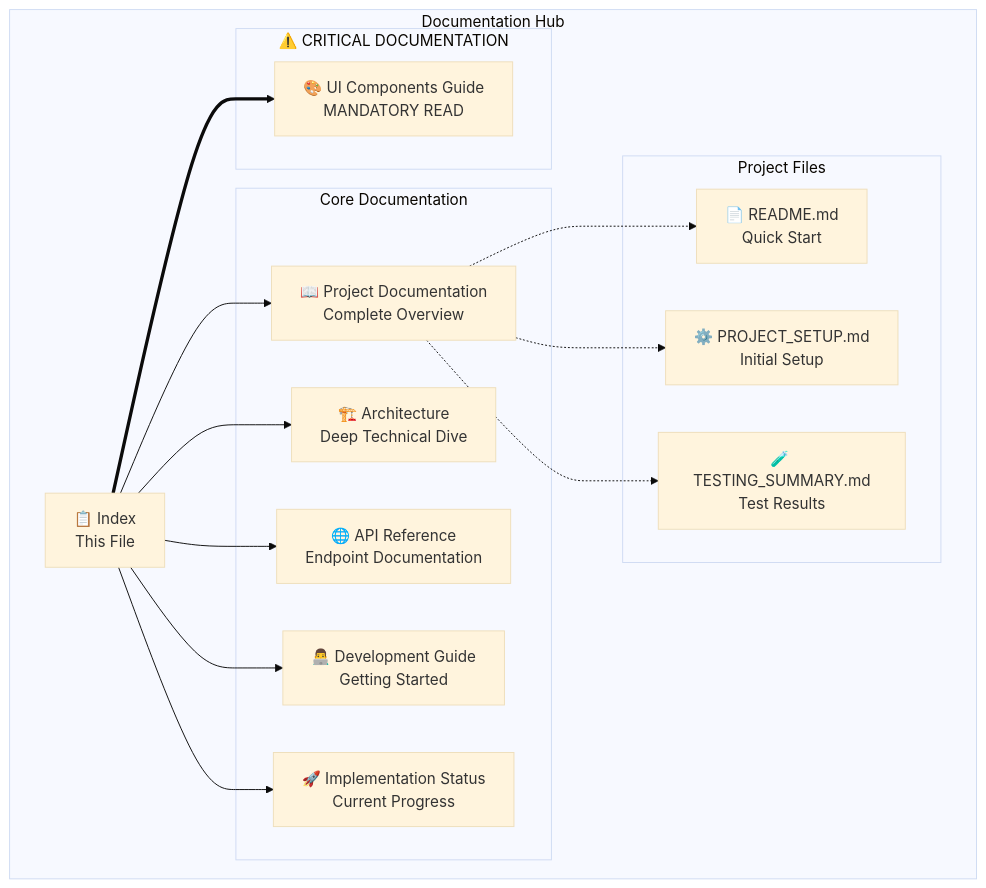
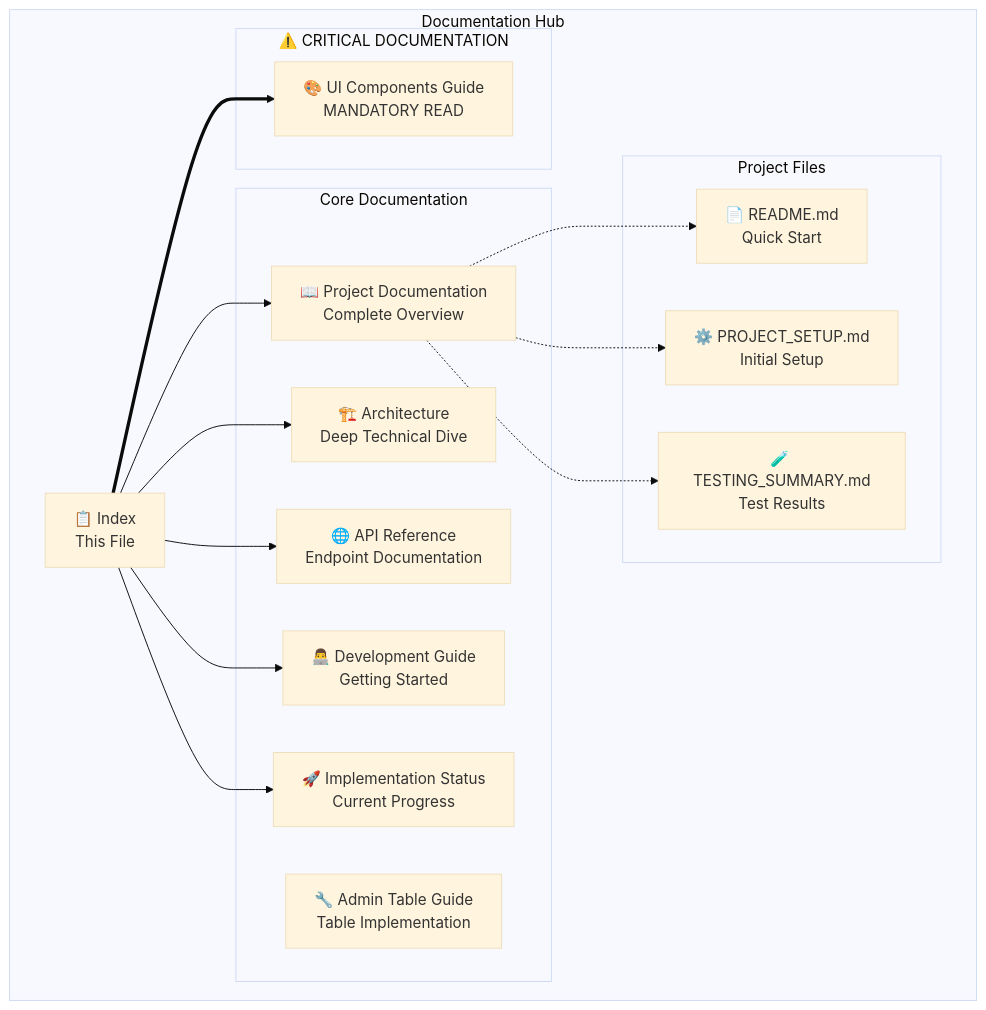
One commit to mdabdullahfaruque/StudyBridgeBD changed the first of 2 diagrams in docs/INDEX.md. Above: the diagram before and after it, drawn with Mermaid (base theme). The commit also changed other lines of this file and 4 other files, not shown here.

Commit message:
feat: Enhance admin table implementation with status column support and detailed guide

````diff
--- a/docs/INDEX.md
+++ b/docs/INDEX.md
@@ -7,35 +7,36 @@
 ```mermaid
 graph TB
     subgraph "Documentation Hub"
         INDEX[📋 Index<br/>This File]
         
         subgraph "⚠️ CRITICAL DOCUMENTATION"
             UI_GUIDE[🎨 UI Components Guide<br/>MANDATORY READ]
         end
         
         subgraph "Core Documentation"
             PROJECT[📖 Project Documentation<br/>Complete Overview]
             ARCH[🏗️ Architecture<br/>Deep Technical Dive]
             API[🌐 API Reference<br/>Endpoint Documentation]
             DEV[👨‍💻 Development Guide<br/>Getting Started]
             IMPL[🚀 Implementation Status<br/>Current Progress]
+            ADMIN_TABLE[🔧 Admin Table Guide<br/>Table Implementation]
         end
         
         subgraph "Project Files"
             README[📄 README.md<br/>Quick Start]
             SETUP[⚙️ PROJECT_SETUP.md<br/>Initial Setup]
             TESTING[🧪 TESTING_SUMMARY.md<br/>Test Results]
         end
     end
     
     INDEX ==> UI_GUIDE
     INDEX --> PROJECT
     INDEX --> ARCH
     INDEX --> API
     INDEX --> DEV
     INDEX --> IMPL
     
     PROJECT -.-> README
     PROJECT -.-> SETUP
     PROJECT -.-> TESTING
 ```
````
